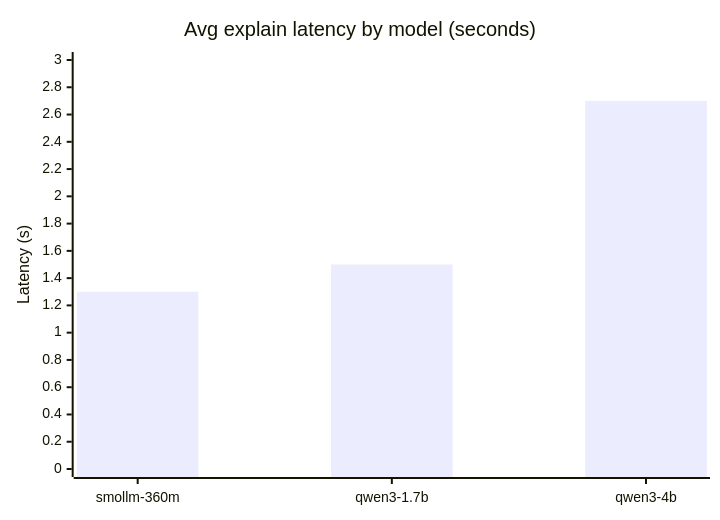
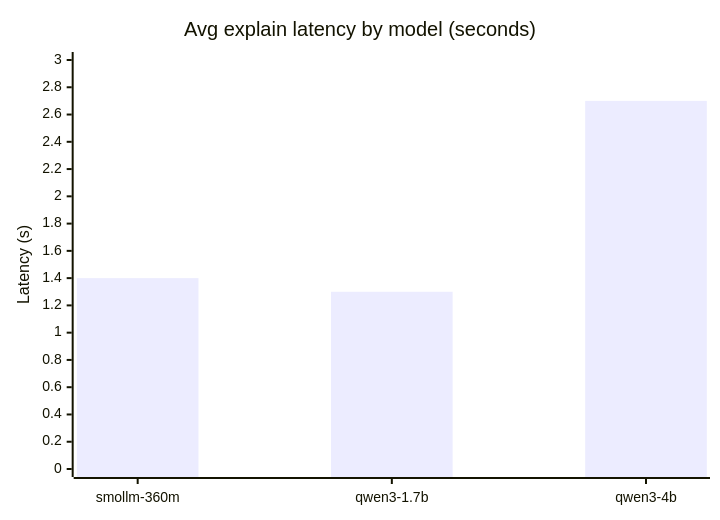
One commit to ghazalb76/mimoe-port-check changed the second of 2 diagrams in README.md. Above: the diagram before and after it, drawn with Mermaid. The commit also changed other lines of this file and 1 other file, not shown here.

````diff
--- a/README.md
+++ b/README.md
@@ -101,7 +101,7 @@
 ```mermaid
 xychart-beta
     title "Avg explain latency by model (seconds)"
     x-axis [smollm-360m, qwen3-1.7b, qwen3-4b]
     y-axis "Latency (s)" 0 --> 3
-    bar [1.3, 1.5, 2.7]
+    bar [1.4, 1.3, 2.7]
 ```
````
